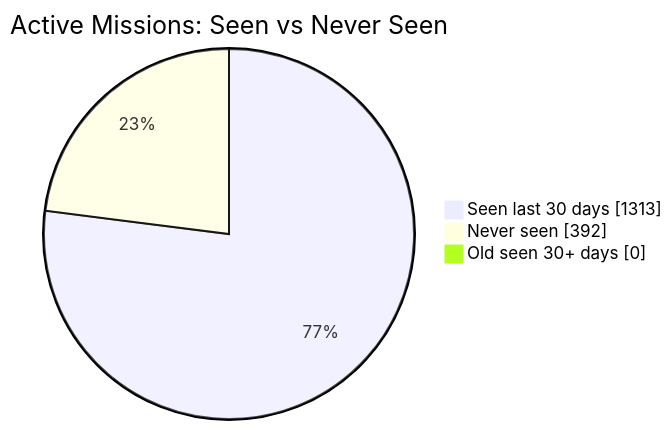
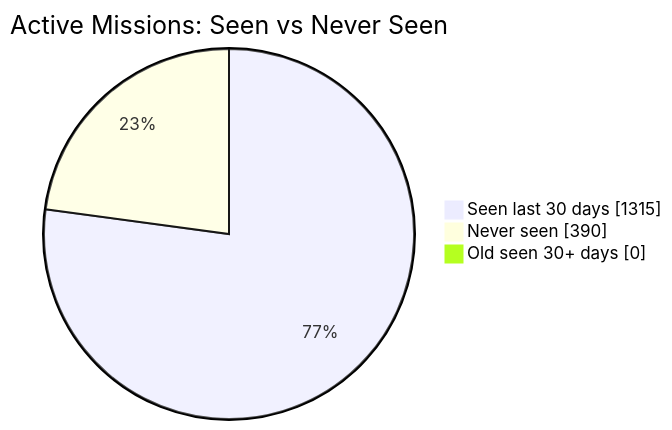
One commit to MeldkamerspelGameTeam/active-missions changed the first of 2 diagrams in README.md. Above: the diagram before and after it, drawn with Mermaid. The commit also changed other lines of this file and 2 other files, not shown here.

````diff
--- a/README.md
+++ b/README.md
@@ -34,7 +34,7 @@
 ```mermaid
 pie showData
     title Active Missions: Seen vs Never Seen
-    "Seen last 30 days" : 1313
-    "Never seen" : 392
+    "Seen last 30 days" : 1315
+    "Never seen" : 390
     "Old seen 30+ days" : 0
 ```
````
